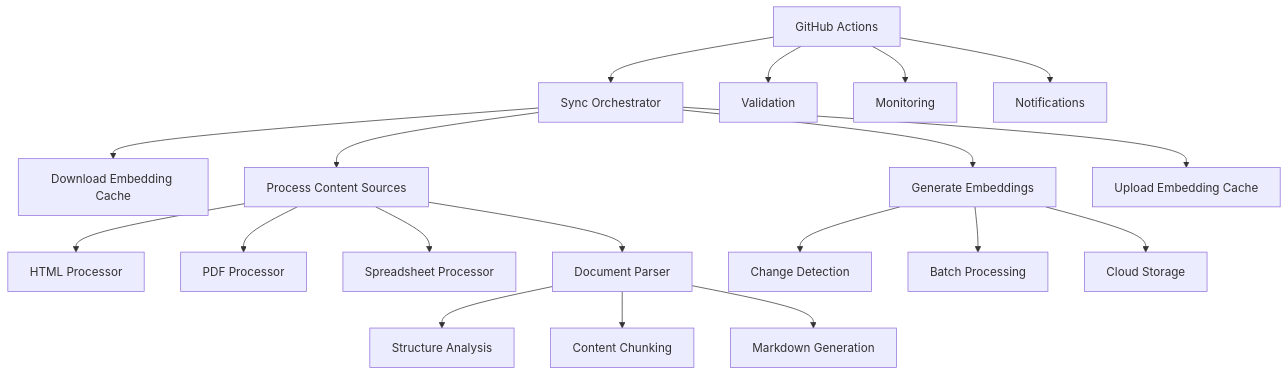
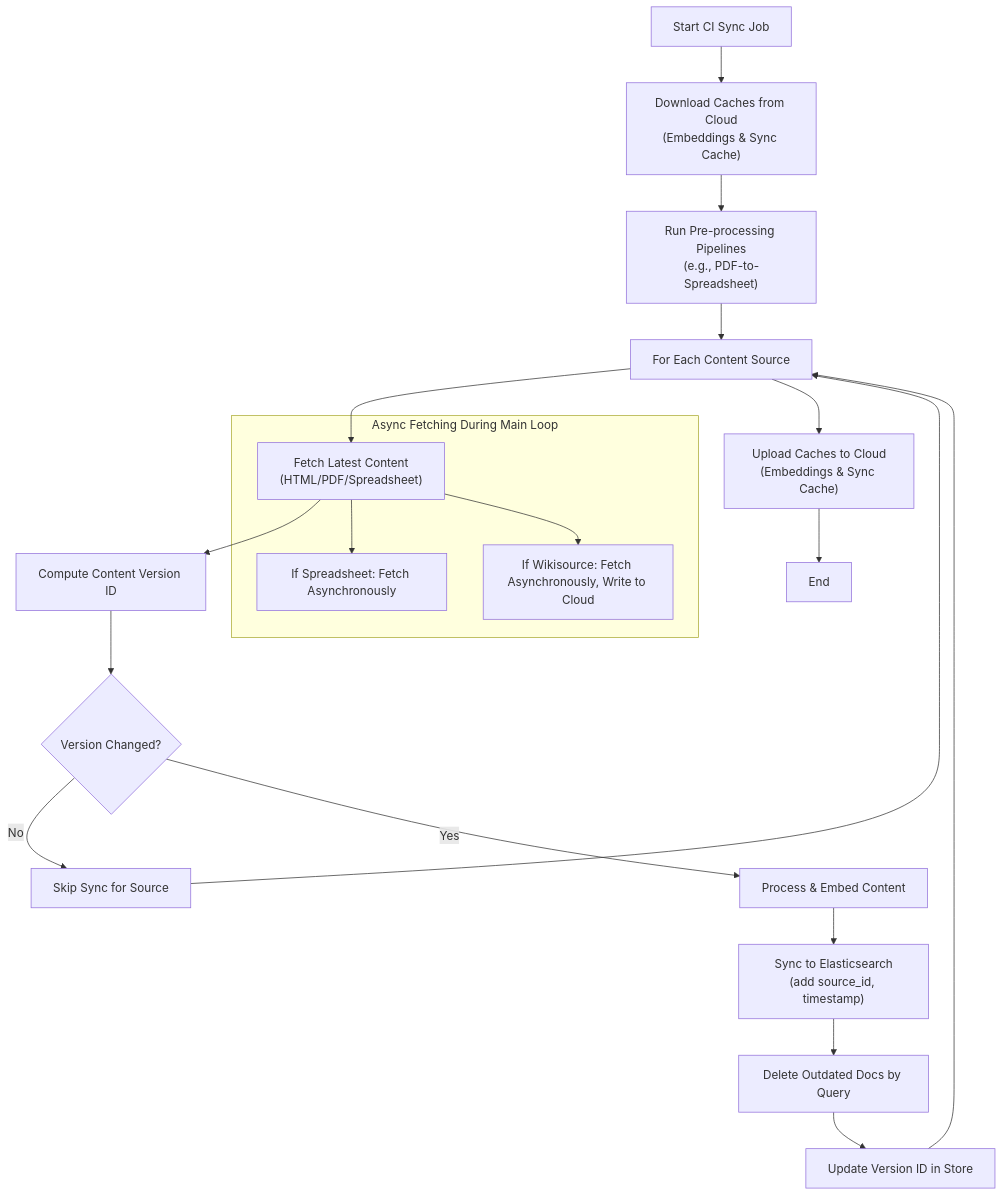
Before and after one commit to whiletrue-industries/rebuilding-bots: the diagram in docs/sync_orchestration_documentation.md, drawn with Mermaid. The commit also changed other lines of this file and 9 other files, not shown here.

First line of the commit message:
feat: implement PDF-to-Spreadsheet pipeline for enhanced data extraction

````diff
--- a/docs/sync_orchestration_documentation.md
+++ b/docs/sync_orchestration_documentation.md
@@ -19,25 +20,29 @@
 ```mermaid
-graph TD
-    A[Sync Orchestrator] --> B[Download Embedding Cache]
-    A --> C[Process Content Sources]
-    A --> D[Generate Embeddings]
-    A --> E[Upload Embedding Cache]
+flowchart TD
+    A["Start CI Sync Job"] --> B["Download Caches from Cloud<br/>(Embeddings & Sync Cache)"]
     
-    C --> F[HTML Processor]
-    C --> G[PDF Processor]
-    C --> H[Spreadsheet Processor]
-    C --> P[Document Parser]
+    B --> PRE["Run Pre-processing Pipelines<br/>(e.g., PDF-to-Spreadsheet)"]
     
-    P --> Q[Structure Analysis]
-    P --> R[Content Chunking]
-    P --> S[Markdown Generation]
+    PRE --> C["For Each Content Source"]
     
-    D --> I[Change Detection]
-    D --> J[Batch Processing]
-    D --> K[Cloud Storage]
+    C --> D["Fetch Latest Content<br/>(HTML/PDF/Spreadsheet)"]
+    D --> E["Compute Content Version ID"]
+    E --> F{"Version Changed?"}
+    F -- "No" --> G["Skip Sync for Source"]
+    F -- "Yes" --> H["Process & Embed Content"]
     
-    L[GitHub Actions] --> A
-    L --> M[Validation]
-    L --> N[Monitoring]
-    L --> O[Notifications]
+    H --> I["Sync to Elasticsearch<br/>(add source_id, timestamp)"]
+    I --> J["Delete Outdated Docs by Query"]
+    J --> K["Update Version ID in Store"]
+    
+    K --> C
+    G --> C
+    
+    C --> M["Upload Caches to Cloud<br/>(Embeddings & Sync Cache)"]
+    M --> N["End"]
+
+    subgraph "Async Fetching During Main Loop"
+        D --> O["If Spreadsheet: Fetch Asynchronously"]
+        D --> P["If Wikisource: Fetch Asynchronously, Write to Cloud"]
+    end
 ```
````
